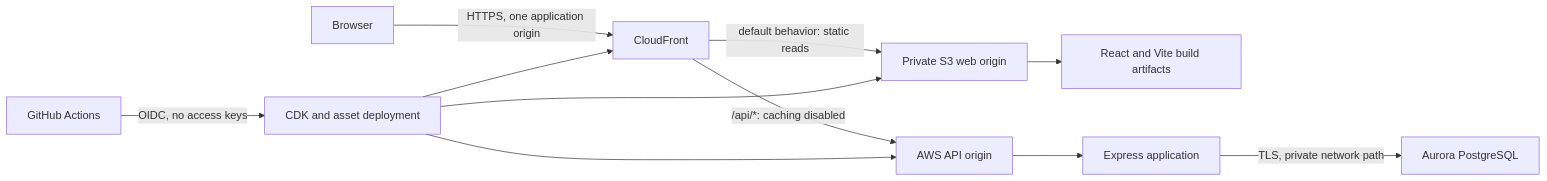
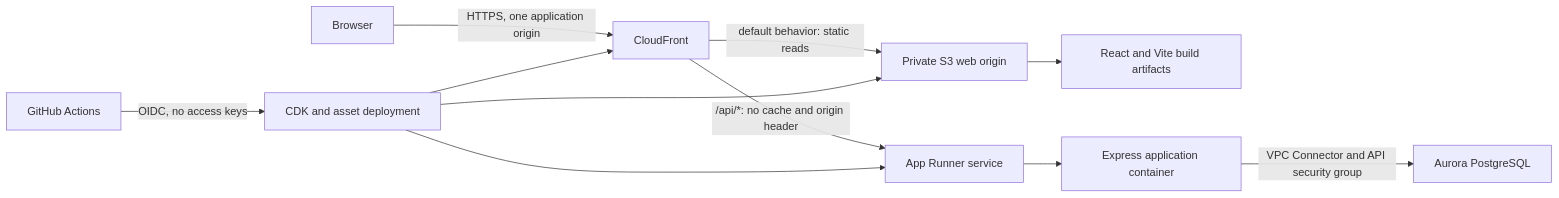
One commit to Shaobangzhu/chaoran-property-intelligence changed the second of 2 diagrams in docs/aws-system-design.md. Above: the diagram before and after it, drawn with Mermaid. The commit also changed other lines of this file and 5 other files, not shown here.

Commit message:
docs(architecture): complete block 15.5 deployment review

````diff
--- a/docs/aws-system-design.md
+++ b/docs/aws-system-design.md
@@ -84,13 +84,13 @@
 ```mermaid
 flowchart LR
     Browser[Browser] -->|HTTPS, one application origin| CloudFront[CloudFront]
     CloudFront -->|default behavior: static reads| S3[Private S3 web origin]
     S3 --> WebBuild[React and Vite build artifacts]
-    CloudFront -->|/api/*: caching disabled| ApiOrigin[AWS API origin]
-    ApiOrigin --> Express[Express application]
-    Express -->|TLS, private network path| Aurora[Aurora PostgreSQL]
+    CloudFront -->|/api/*: no cache and origin header| ApiOrigin[App Runner service]
+    ApiOrigin --> Express[Express application container]
+    Express -->|VPC Connector and API security group| Aurora[Aurora PostgreSQL]
     GitHub[GitHub Actions] -->|OIDC, no access keys| WebDeploy[CDK and asset deployment]
     WebDeploy --> CloudFront
     WebDeploy --> S3
     WebDeploy --> ApiOrigin
 ```
````
